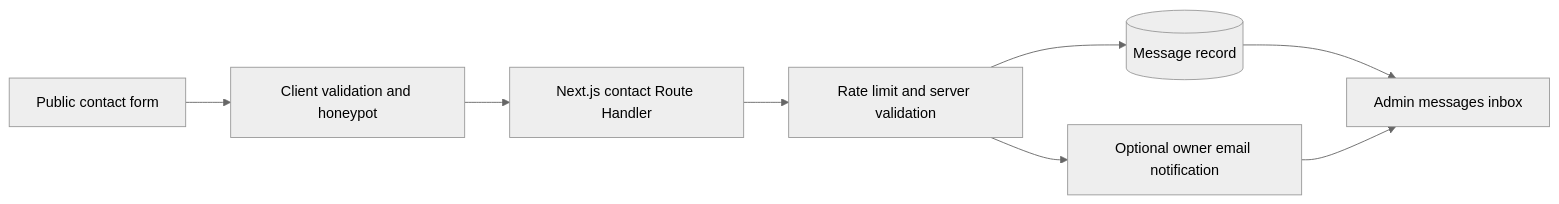
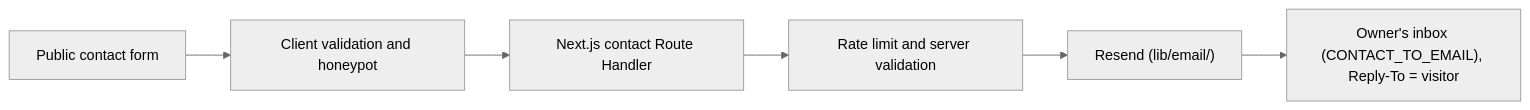
The third of 4 diagrams in docs/architecture.md (naeemiftekhar87/siddique-portfolio), drawn with Mermaid (neutral theme) before and after one commit. The commit also changed other lines of this file and 8 other files, not shown here.

First line of the commit message:
Remove Messages feature from Admin Panel and update documentation accordingly

````diff
--- a/docs/architecture.md
+++ b/docs/architecture.md
@@ -122,10 +122,8 @@
 ```mermaid
 flowchart LR
     C["Public contact form"] --> V["Client validation and honeypot"]
     V --> E["Next.js contact Route Handler"]
     E --> R["Rate limit and server validation"]
-    R --> M[("Message record")]
-    R --> N["Optional owner email notification"]
-    M --> I["Admin messages inbox"]
-    N --> I
+    R --> N["Resend (lib/email/)"]
+    N --> I["Owner's inbox (CONTACT_TO_EMAIL), Reply-To = visitor"]
 ```
````
